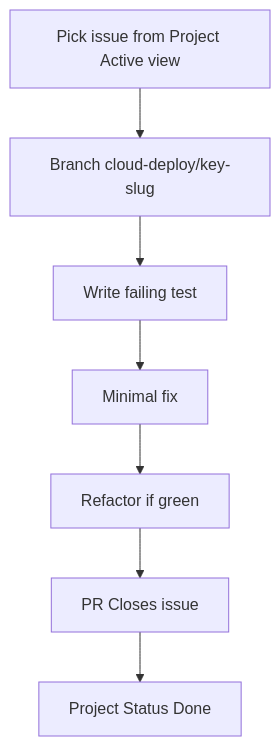
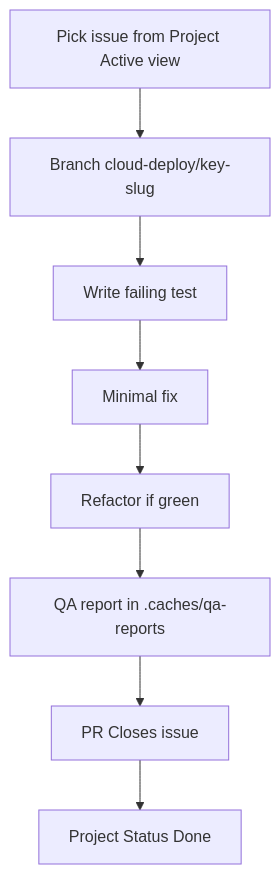
One commit to betsalel-williamson/adventure changed the second of 2 diagrams in docs/developer/tdd-and-github-workflow.md. Above: the diagram before and after it, drawn with Mermaid. The commit also changed other lines of this file and 18 other files, not shown here.

````diff
--- a/docs/developer/tdd-and-github-workflow.md
+++ b/docs/developer/tdd-and-github-workflow.md
@@ -36,11 +37,12 @@
 ```mermaid
 flowchart TD
   pick[Pick issue from Project Active view]
   branch[Branch cloud-deploy/key-slug]
   red[Write failing test]
   green[Minimal fix]
   refactor[Refactor if green]
+  verify[QA report in .caches/qa-reports]
   pr[PR Closes issue]
   board[Project Status Done]
-  pick --> branch --> red --> green --> refactor --> pr --> board
+  pick --> branch --> red --> green --> refactor --> verify --> pr --> board
 ```
````
